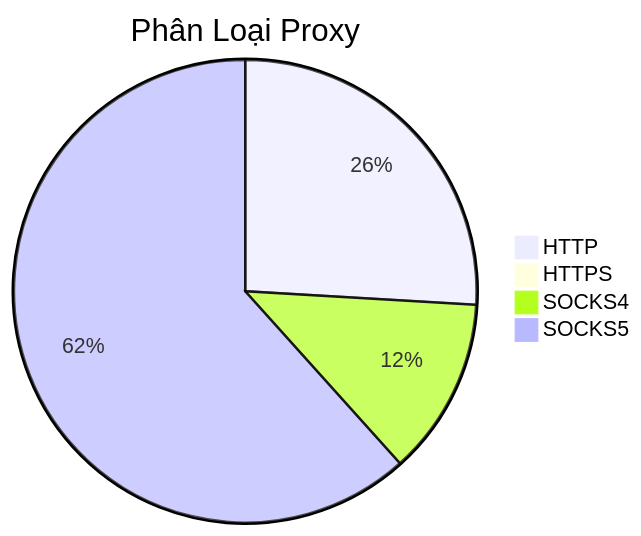
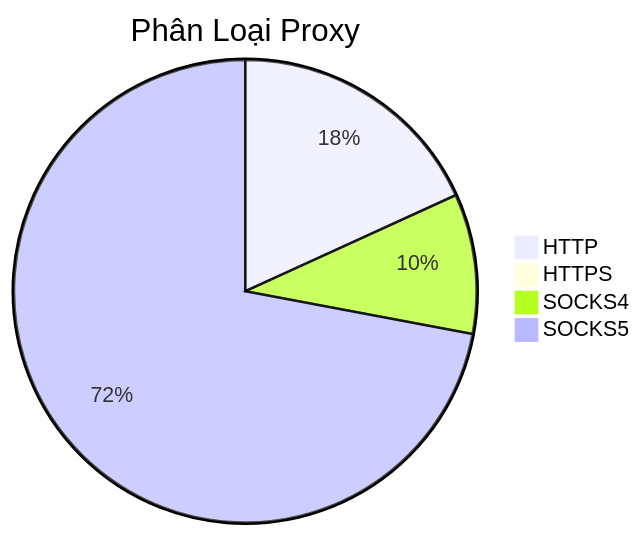
The diagram in README.md (Ciara-12/PROXY-free), drawn with Mermaid before and after one commit. The commit also changed other lines of this file and 3 other files, not shown here.

````diff
--- a/README.md
+++ b/README.md
@@ -26,7 +26,7 @@
 ```mermaid
 pie title Phân Loại Proxy
-    "HTTP" : 886
+    "HTTP" : 782
     "HTTPS" : 0
-    "SOCKS4" : 424
-    "SOCKS5" : 2106
+    "SOCKS4" : 420
+    "SOCKS5" : 3098
 ```
````
